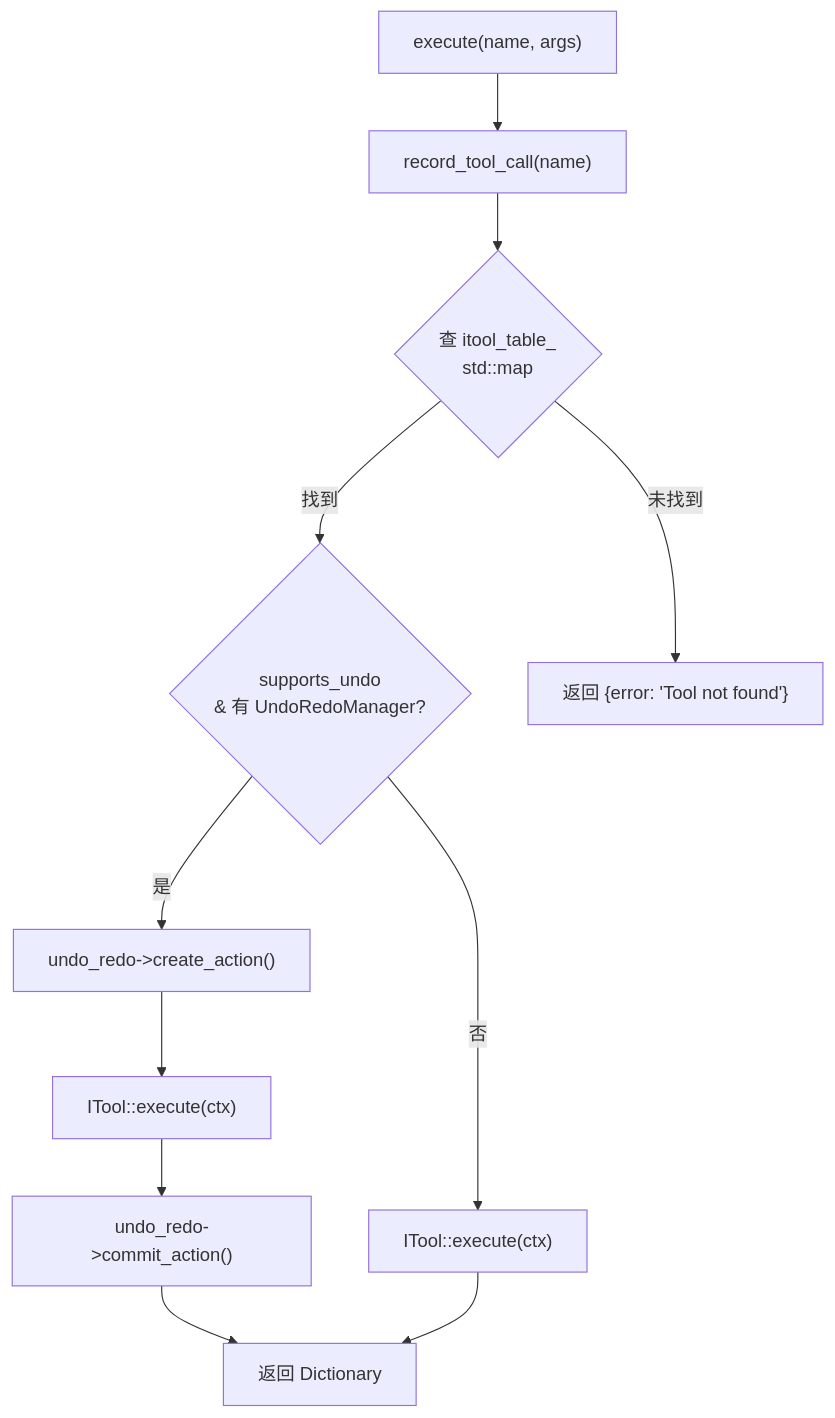
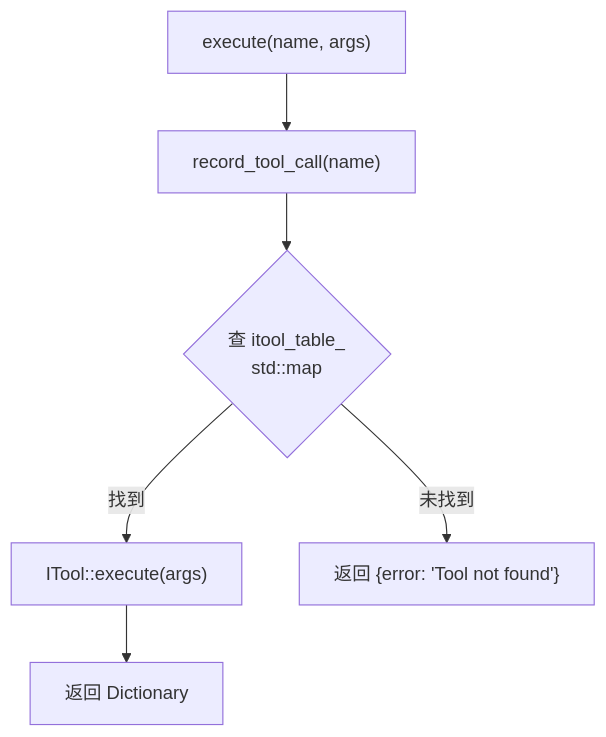
The second of 5 diagrams in .repo_wiki/modules/handler-registry.md (jesspig/GodotMCP-GDExtension), drawn with Mermaid before and after one commit. The commit also changed other lines of this file and 41 other files, not shown here.

````diff
--- a/.repo_wiki/modules/handler-registry.md
+++ b/.repo_wiki/modules/handler-registry.md
@@ -120,13 +123,8 @@
 ```mermaid
 flowchart TD
     A["execute(name, args)"] --> B["record_tool_call(name)"]
     B --> C{"查 itool_table_<br/>std::map"}
-    C -->|"找到"| D{"supports_undo<br/>& 有 UndoRedoManager?"}
-    D -->|"是"| E["undo_redo->create_action()"]
-    E --> F["ITool::execute(ctx)"]
-    F --> G["undo_redo->commit_action()"]
-    G --> H["返回 Dictionary"]
-    D -->|"否"| I["ITool::execute(ctx)"]
-    I --> H
+    C -->|"找到"| D["ITool::execute(args)"]
+    D --> H["返回 Dictionary"]
     C -->|"未找到"| J["返回 {error: 'Tool not found'}"]
 ```
````
